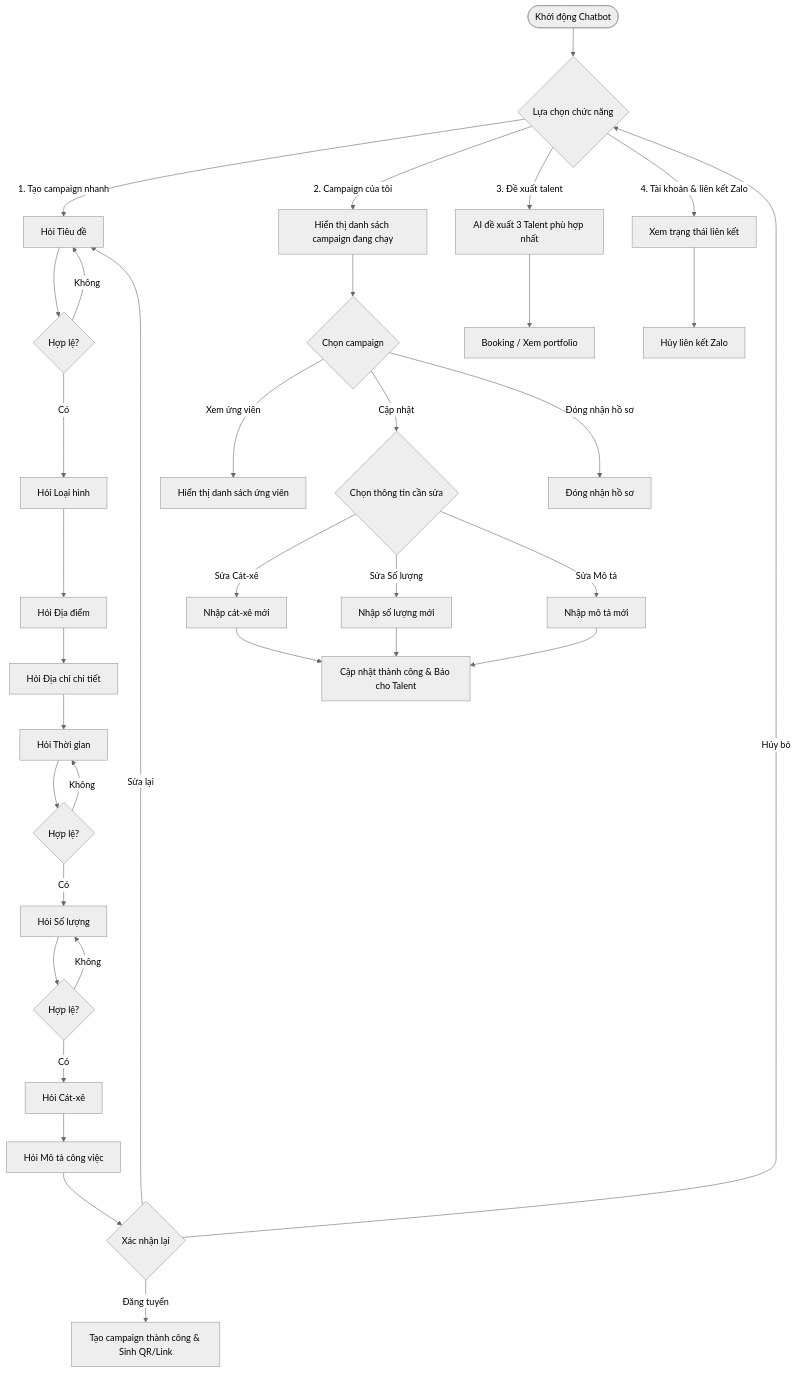
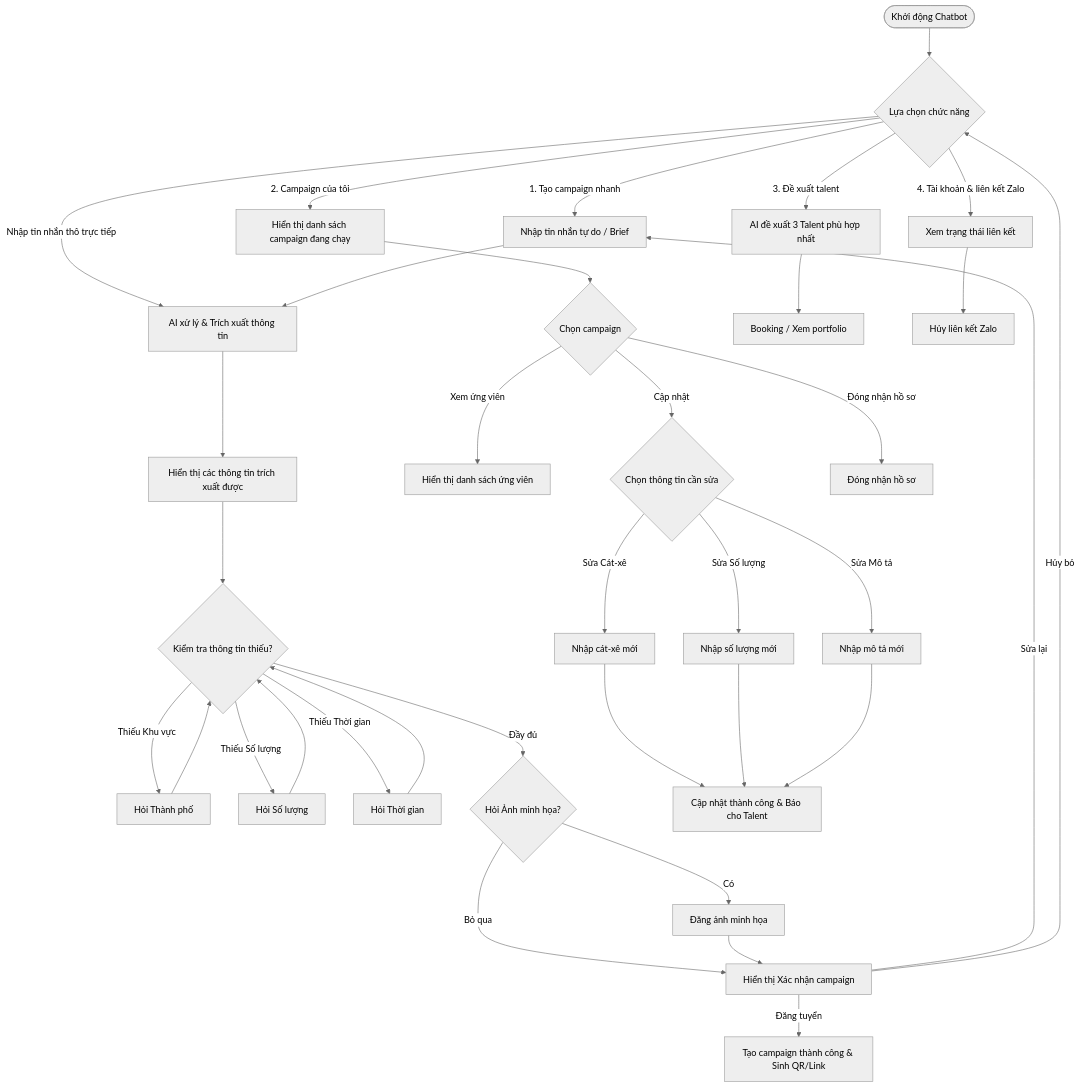
The diagram in docs/zalo-chatbot/campaign-creation-flow.md (vietcuong2004/VNP2026_OnstageVN), drawn with Mermaid (neutral theme) before and after one commit. The commit also changed 1 other file, not shown here.

Commit message:
update doc v2

````diff
--- a/docs/zalo-chatbot/campaign-creation-flow.md
+++ b/docs/zalo-chatbot/campaign-creation-flow.md
@@ -48,45 +48,49 @@
 ```mermaid
 graph TD
     Start([Khởi động Chatbot]) --> MainMenu{Lựa chọn chức năng}
     
-    %% Option 1: Tạo campaign nhanh
-    MainMenu -->|1. Tạo campaign nhanh| AskTitle[Hỏi Tiêu đề]
-    AskTitle --> ValidateTitle{Hợp lệ?}
-    ValidateTitle -- Không --> AskTitle
-    ValidateTitle -- Có --> AskJobType[Hỏi Loại hình]
-    AskJobType --> AskLocation[Hỏi Địa điểm]
-    AskLocation --> AskAddress[Hỏi Địa chỉ chi tiết]
-    AskAddress --> AskDate[Hỏi Thời gian]
-    AskDate --> ValidateDate{Hợp lệ?}
-    ValidateDate -- Không --> AskDate
-    ValidateDate -- Có --> AskQuantity[Hỏi Số lượng]
-    AskQuantity --> ValidateQty{Hợp lệ?}
-    ValidateQty -- Không --> AskQuantity
-    ValidateQty -- Có --> AskBudget[Hỏi Cát-xê]
-    AskBudget --> AskDescription[Hỏi Mô tả công việc]
-    AskDescription --> Confirm{Xác nhận lại}
+    %% Option 1: Tạo campaign nhanh (AI Parsing)
+    MainMenu -->|1. Tạo campaign nhanh| AskBrief[Nhập tin nhắn tự do / Brief]
+    MainMenu -->|Nhập tin nhắn thô trực tiếp| ParseAI[AI xử lý & Trích xuất thông tin]
+    AskBrief --> ParseAI
+    ParseAI --> ShowParsed[Hiển thị các thông tin trích xuất được]
+    
+    ShowParsed --> CheckMissing{Kiểm tra thông tin thiếu?}
+    CheckMissing -- Thiếu Khu vực --> AskCity[Hỏi Thành phố]
+    CheckMissing -- Thiếu Số lượng --> AskQty[Hỏi Số lượng]
+    CheckMissing -- Thiếu Thời gian --> AskDate[Hỏi Thời gian]
+    CheckMissing -- Đầy đủ --> AskImage{Hỏi Ảnh minh họa?}
+    
+    AskCity --> CheckMissing
+    AskQty --> CheckMissing
+    AskDate --> CheckMissing
+    
+    AskImage -- Bỏ qua --> Confirm[Hiển thị Xác nhận campaign]
+    AskImage -- Có --> UploadImage[Đăng ảnh minh họa]
+    UploadImage --> Confirm
+    
     Confirm -- Đăng tuyển --> CreateJob[Tạo campaign thành công & Sinh QR/Link]
-    Confirm -- Sửa lại --> AskTitle
+    Confirm -- Sửa lại --> AskBrief
     Confirm -- Hủy bỏ --> MainMenu
 
     %% Option 2: Campaign của tôi
     MainMenu -->|2. Campaign của tôi| ShowCampaigns[Hiển thị danh sách campaign đang chạy]
     ShowCampaigns --> SelectCampaign{Chọn campaign}
     SelectCampaign -->|Xem ứng viên| ShowApplicants[Hiển thị danh sách ứng viên]
     SelectCampaign -->|Cập nhật| ChooseFieldToUpdate{Chọn thông tin cần sửa}
     SelectCampaign -->|Đóng nhận hồ sơ| CloseCampaign[Đóng nhận hồ sơ]
     
     ChooseFieldToUpdate -->|Sửa Cát-xê| EditBudget[Nhập cát-xê mới]
     ChooseFieldToUpdate -->|Sửa Số lượng| EditQty[Nhập số lượng mới]
     ChooseFieldToUpdate -->|Sửa Mô tả| EditDesc[Nhập mô tả mới]
     
     EditBudget & EditQty & EditDesc --> UpdateSuccess[Cập nhật thành công & Báo cho Talent]
     
     %% Option 3: Đề xuất talent
     MainMenu -->|3. Đề xuất talent| GetAIPositions[AI đề xuất 3 Talent phù hợp nhất]
     GetAIPositions --> BookingTalent[Booking / Xem portfolio]
 
     %% Option 4: Tài khoản & liên kết Zalo
     MainMenu -->|4. Tài khoản & liên kết Zalo| ShowAccountStatus[Xem trạng thái liên kết]
     ShowAccountStatus --> Unlink[Hủy liên kết Zalo]
 ```
````
